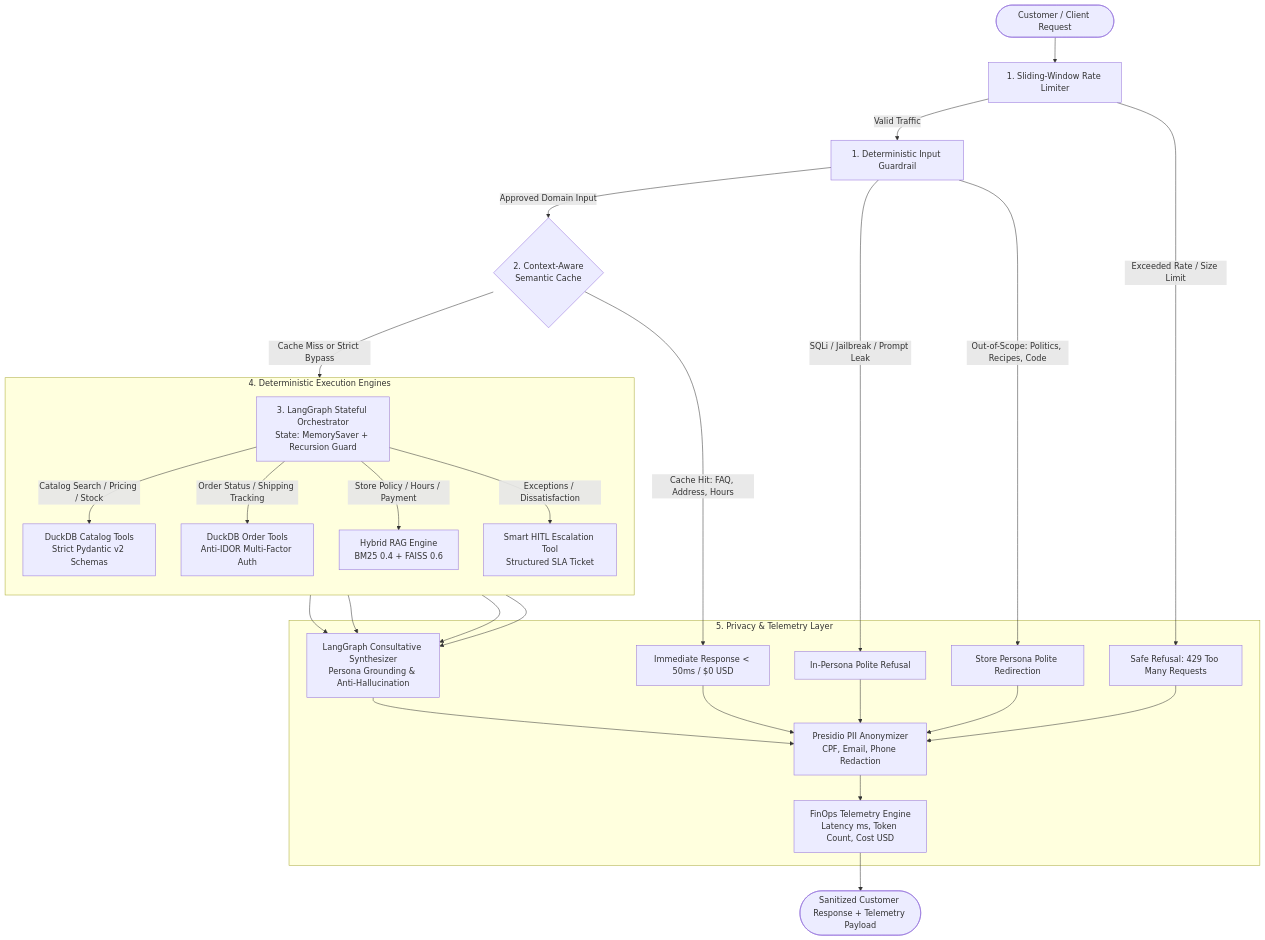
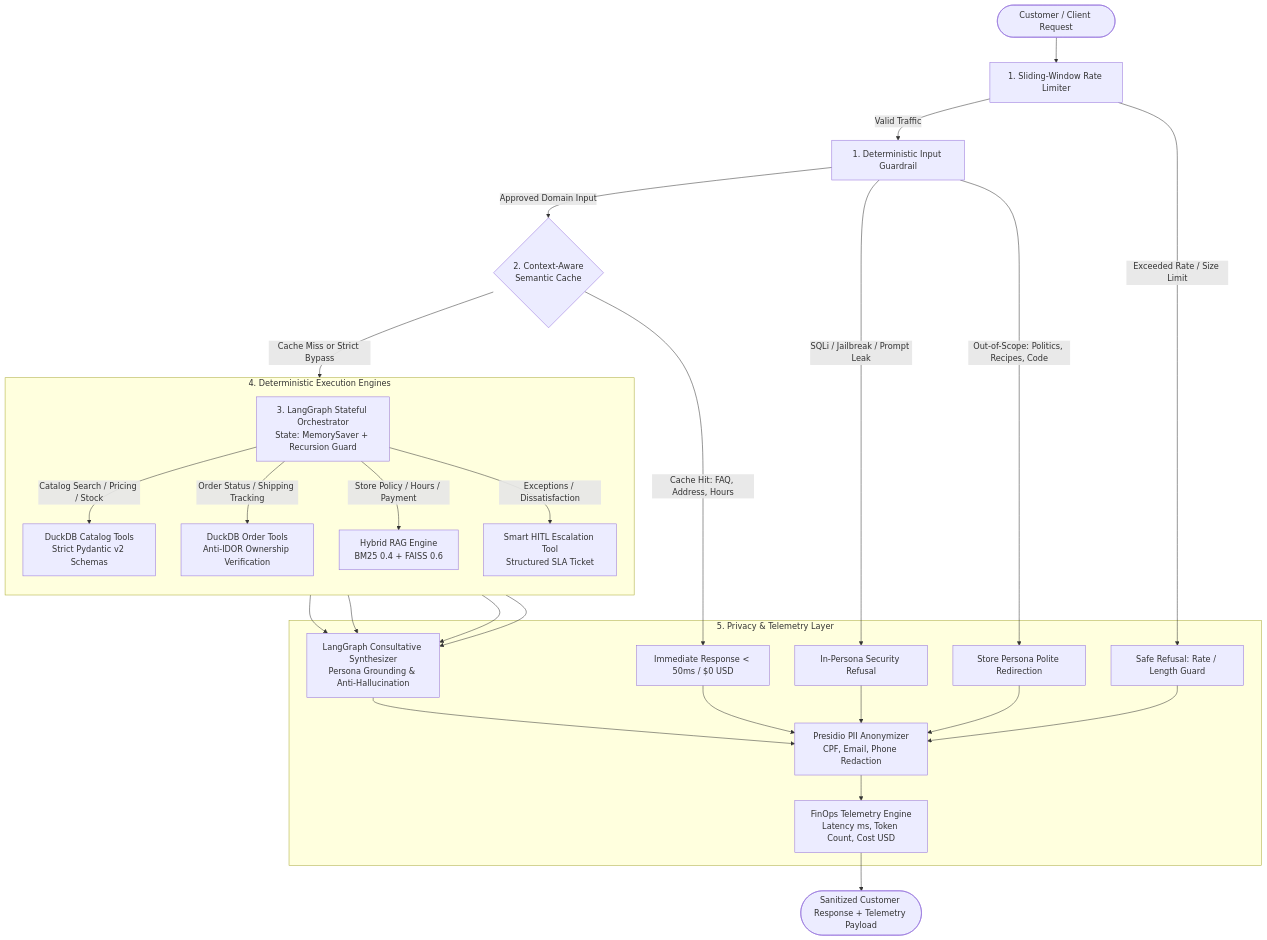
One commit to willarakaki/desafio-tecnico-ai-eng-artefact changed the diagram in README.md. Above: the diagram before and after it, drawn with Mermaid. The commit also changed other lines of this file, not shown here.

Commit message:
docs(readme): align provider config, prompt strategy, persistence and assumptions with challenge checklist

````diff
--- a/README.md
+++ b/README.md
@@ -68,37 +71,37 @@
 ```mermaid
 flowchart TD
     User([Customer / Client Request]) --> L1_Rate[1. Sliding-Window Rate Limiter]
-    L1_Rate -->|Exceeded Rate / Size Limit| Refuse_Rate[Safe Refusal: 429 Too Many Requests]
+    L1_Rate -->|Exceeded Rate / Size Limit| Refuse_Rate[Safe Refusal: Rate / Length Guard]
     L1_Rate -->|Valid Traffic| L1_Guard[1. Deterministic Input Guardrail]
     
-    L1_Guard -->|SQLi / Jailbreak / Prompt Leak| Refuse_Guard[In-Persona Polite Refusal]
+    L1_Guard -->|SQLi / Jailbreak / Prompt Leak| Refuse_Guard[In-Persona Security Refusal]
     L1_Guard -->|Out-of-Scope: Politics, Recipes, Code| Refuse_Scope[Store Persona Polite Redirection]
     L1_Guard -->|Approved Domain Input| L2_Cache{2. Context-Aware<br/>Semantic Cache}
     
     L2_Cache -->|Cache Hit: FAQ, Address, Hours| FastOut[Immediate Response < 50ms / $0 USD]
     L2_Cache -->|Cache Miss or Strict Bypass| L3_Graph[3. LangGraph Stateful Orchestrator<br/>State: MemorySaver + Recursion Guard]
     
     subgraph Execution_Engines [4. Deterministic Execution Engines]
         direction TB
         L3_Graph -->|Catalog Search / Pricing / Stock| Duck_Catalog[DuckDB Catalog Tools<br/>Strict Pydantic v2 Schemas]
-        L3_Graph -->|Order Status / Shipping Tracking| Duck_Orders[DuckDB Order Tools<br/>Anti-IDOR Multi-Factor Auth]
+        L3_Graph -->|Order Status / Shipping Tracking| Duck_Orders[DuckDB Order Tools<br/>Anti-IDOR Ownership Verification]
         L3_Graph -->|Store Policy / Hours / Payment| RAG_Policy[Hybrid RAG Engine<br/>BM25 0.4 + FAISS 0.6]
         L3_Graph -->|Exceptions / Dissatisfaction| HITL_Tool[Smart HITL Escalation Tool<br/>Structured SLA Ticket]
     end
     
     Duck_Catalog --> L3_Synth[LangGraph Consultative Synthesizer<br/>Persona Grounding & Anti-Hallucination]
     Duck_Orders --> L3_Synth
     RAG_Policy --> L3_Synth
     HITL_Tool --> L3_Synth
     
     subgraph Observability_Layer [5. Privacy & Telemetry Layer]
         L3_Synth --> PII_Mask[Presidio PII Anonymizer<br/>CPF, Email, Phone Redaction]
         FastOut --> PII_Mask
         Refuse_Guard --> PII_Mask
         Refuse_Scope --> PII_Mask
         Refuse_Rate --> PII_Mask
         PII_Mask --> Telemetry[FinOps Telemetry Engine<br/>Latency ms, Token Count, Cost USD]
     end
     
     Telemetry --> Output([Sanitized Customer Response + Telemetry Payload])
 ```
````
